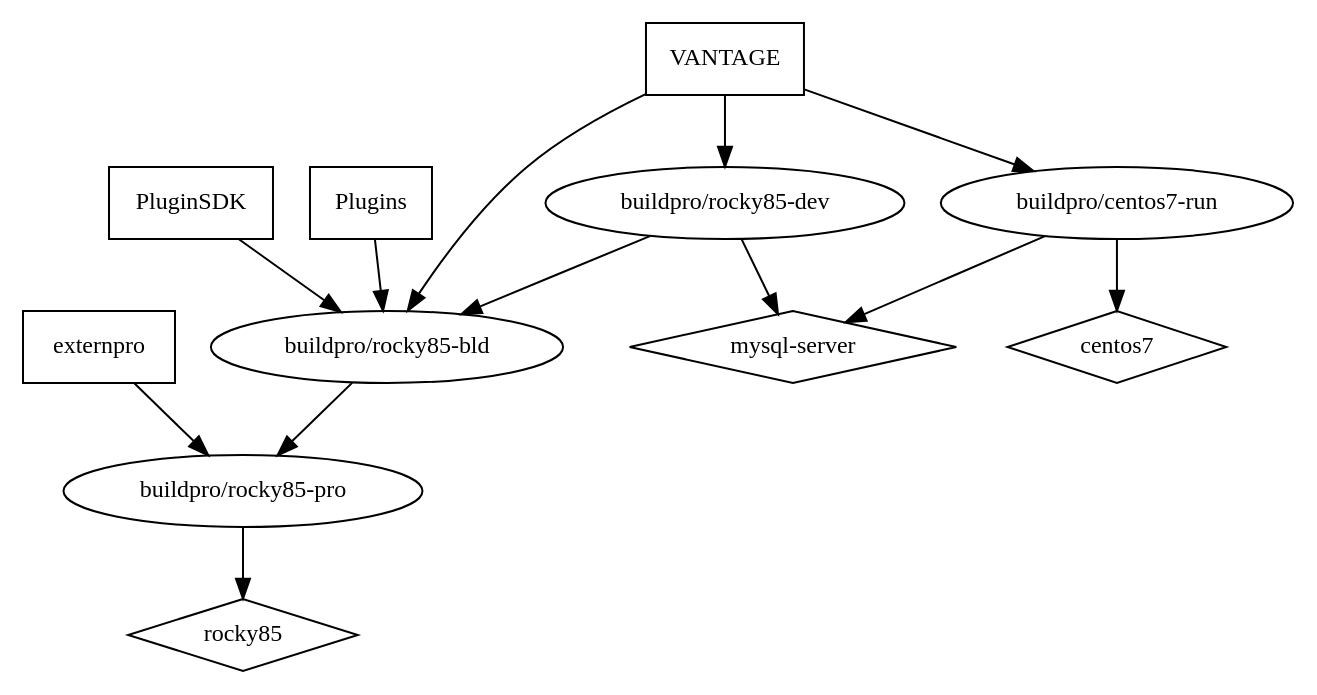
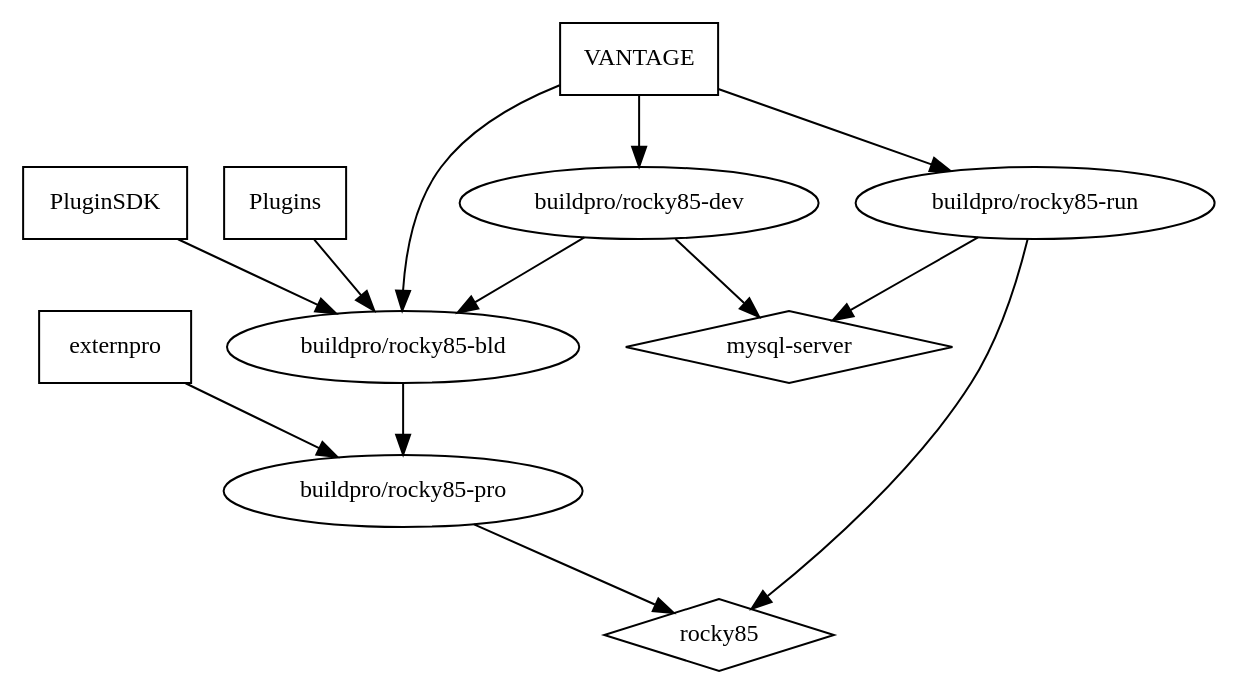
One commit to externpro/externpro changed the diagram in dockergen/graph.dot. Above: the diagram before and after it, drawn with Graphviz. The commit also changed 2 other files, not shown here.

Commit message:
centos7-run: remove
dot -Tpng -ograph.png graph.dot
issue https://github.com/externpro/externpro/issues/24

```diff
--- a/dockergen/graph.dot
+++ b/dockergen/graph.dot
@@ -1,22 +1,21 @@
 digraph GG {
   node [fontsize=12];
-  "centos7" [shape=diamond];
   "rocky85" [shape=diamond];
   "mysql-server" [shape=diamond];
   "externpro" [shape=box];
   "PluginSDK" [shape=box];
   "Plugins" [shape=box];
   "VANTAGE" [shape=box];
-  "buildpro/centos7-run" -> "centos7";
+  "buildpro/rocky85-run" -> "rocky85";
   "buildpro/rocky85-pro" -> "rocky85";
   "buildpro/rocky85-bld" -> "buildpro/rocky85-pro";
   "buildpro/rocky85-dev" -> "buildpro/rocky85-bld";
   "buildpro/rocky85-dev" -> "mysql-server";
-  "buildpro/centos7-run" -> "mysql-server";
+  "buildpro/rocky85-run" -> "mysql-server";
   "externpro" -> "buildpro/rocky85-pro";
   "PluginSDK" -> "buildpro/rocky85-bld";
   "Plugins" -> "buildpro/rocky85-bld";
   "VANTAGE" -> "buildpro/rocky85-bld";
   "VANTAGE" -> "buildpro/rocky85-dev";
-  "VANTAGE" -> "buildpro/centos7-run";
+  "VANTAGE" -> "buildpro/rocky85-run";
 }
```
